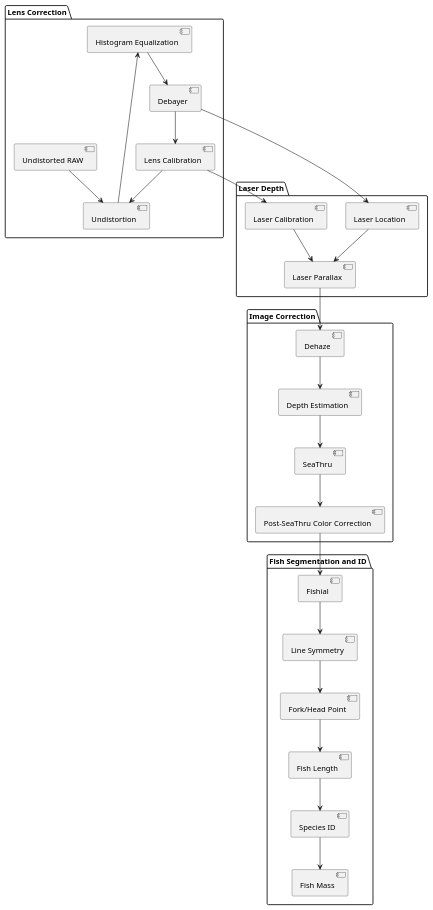
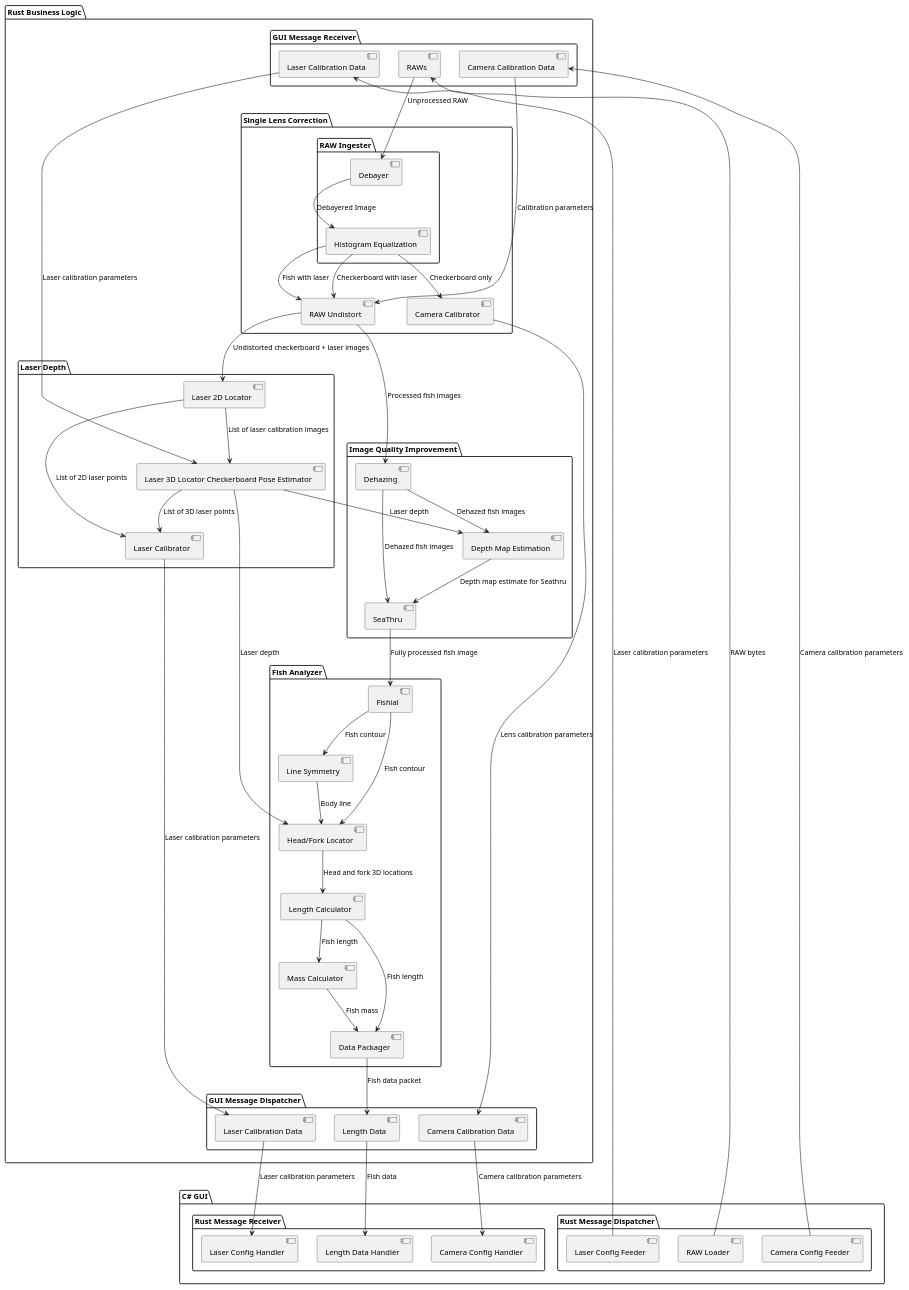
Before and after one commit to UCSD-E4E/fishsense-lite: the diagram in docs/system_diagram.puml, drawn with PlantUML.

Commit message:
modules expanded and dataflow is more detailed

```diff
--- a/docs/system_diagram.puml
+++ b/docs/system_diagram.puml
@@ -1,51 +1,106 @@
-@startuml
+@startuml System Diagram
 
-package "Lens Correction" {
-  [Histogram Equalization] as HEQ
-  [Debayer] as DB
-  [Lens Calibration] as LENC
-  [Undistorted RAW] as RAW
-  [Undistortion] as UD
-  HEQ --> DB
-  LENC --> UD
-  RAW --> UD
-  UD --> HEQ 
-  DB --> LENC
+package "C# GUI" {
+    package "Rust Message Dispatcher" {
+        [RAW Loader] as RAWL
+        [Camera Config Feeder]  as CCF
+        [Laser Config Feeder] as LCF
+    }
+
+    package "Rust Message Receiver" {
+        [Camera Config Handler] as CCH
+        [Laser Config Handler] as LCH
+        [Length Data Handler] as LDH
+    }
 }
 
-package "Laser Depth" {
-  [Laser Calibration] as LASC
-  [Laser Location] as LL
-  [Laser Parallax] as LP
-  DB --> LL
-  LL --> LP
-  LENC --> LASC
-  LASC --> LP
+package "Rust Business Logic" {
+    package "Single Lens Correction" {
+        [RAW Undistort] as RAWU
+        package "RAW Ingester" {
+            [Debayer] as DB
+            [Histogram Equalization] as HE
+        }
+        [Camera Calibrator] as CC
+    }
+   
+    DB --> HE: Debayered Image
+
+    HE --> CC: Checkerboard only 
+    HE --> RAWU: Checkerboard with laser
+    HE --> RAWU: Fish with laser
+
+
+    package "GUI Message Dispatcher" {
+        [Camera Calibration Data] as CDD
+        [Laser Calibration Data] as LCDD
+        [Length Data] as LDD
+    }
+
+
+    package "GUI Message Receiver" {
+        [Camera Calibration Data] as CDR
+        [Laser Calibration Data] as LCDR
+        [RAWs] as RAWR
+    }
+    RAWR --> DB: Unprocessed RAW
+
+    CC --> CDD: Lens calibration parameters 
+
+    
+    CDR --> RAWU: Calibration parameters
+
+    package "Laser Depth" {
+        [Laser Calibrator] as LC
+        [Laser 2D Locator] as LL2
+        [Laser 3D Locator Checkerboard Pose Estimator] as LL3
+    }
+    RAWU --> LL2: Undistorted checkerboard + laser images
+    LL2 --> LL3: List of laser calibration images
+    LL3 --> LC: List of 3D laser points
+    LL2 --> LC: List of 2D laser points
+    LC --> LCDD: Laser calibration parameters
+    LCDR --> LL3: Laser calibration parameters
+
+    package "Image Quality Improvement" {
+        [SeaThru] as SEA
+        [Depth Map Estimation] as DME
+        [Dehazing] as DH
+    }
+    RAWU --> DH: Processed fish images 
+    DH --> DME: Dehazed fish images
+    LL3 --> DME: Laser depth
+    DH --> SEA: Dehazed fish images
+    DME --> SEA: Depth map estimate for Seathru
+
+    package "Fish Analyzer" {
+        [Fishial] as FAL
+        [Line Symmetry] as LS
+        [Head/Fork Locator] as HFL
+        [Length Calculator] as LCal
+        [Mass Calculator] as MCal
+        [Data Packager] as DP
+    }
+
+    SEA --> FAL: Fully processed fish image
+    FAL --> LS: Fish contour
+    LS --> HFL: Body line
+    FAL --> HFL: Fish contour
+    LL3 --> HFL: Laser depth
+    HFL --> LCal: Head and fork 3D locations
+    LCal --> MCal: Fish length
+
+    LCal --> DP: Fish length
+    MCal --> DP: Fish mass
+
+    DP --> LDD: Fish data packet
 }
 
-package "Image Correction" {
-  [Dehaze] as DH
-  [Depth Estimation] as DE
-  [SeaThru] as ST
-  [Post-SeaThru Color Correction] as CC
-  LP --> DH
-  DH --> DE
-  DE --> ST
-  ST --> CC
-}
+CCF --> CDR: Camera calibration parameters
+CDD --> CCH: Camera calibration parameters
+LCF --> LCDR: Laser calibration parameters
+LCDD --> LCH: Laser calibration parameters
+RAWL --> RAWR: RAW bytes
+LDD --> LDH: Fish data
 
-package "Fish Segmentation and ID" {
-  [Fishial] as FA
-  [Line Symmetry] as LS
-  [Fork/Head Point] as FH
-  [Fish Length] as FL
-  [Species ID] as ID
-  [Fish Mass] as FM
-  CC --> FA
-  FA --> LS
-  LS --> FH
-  FH --> FL
-  FL --> ID
-  ID --> FM
-}
 @enduml
```
